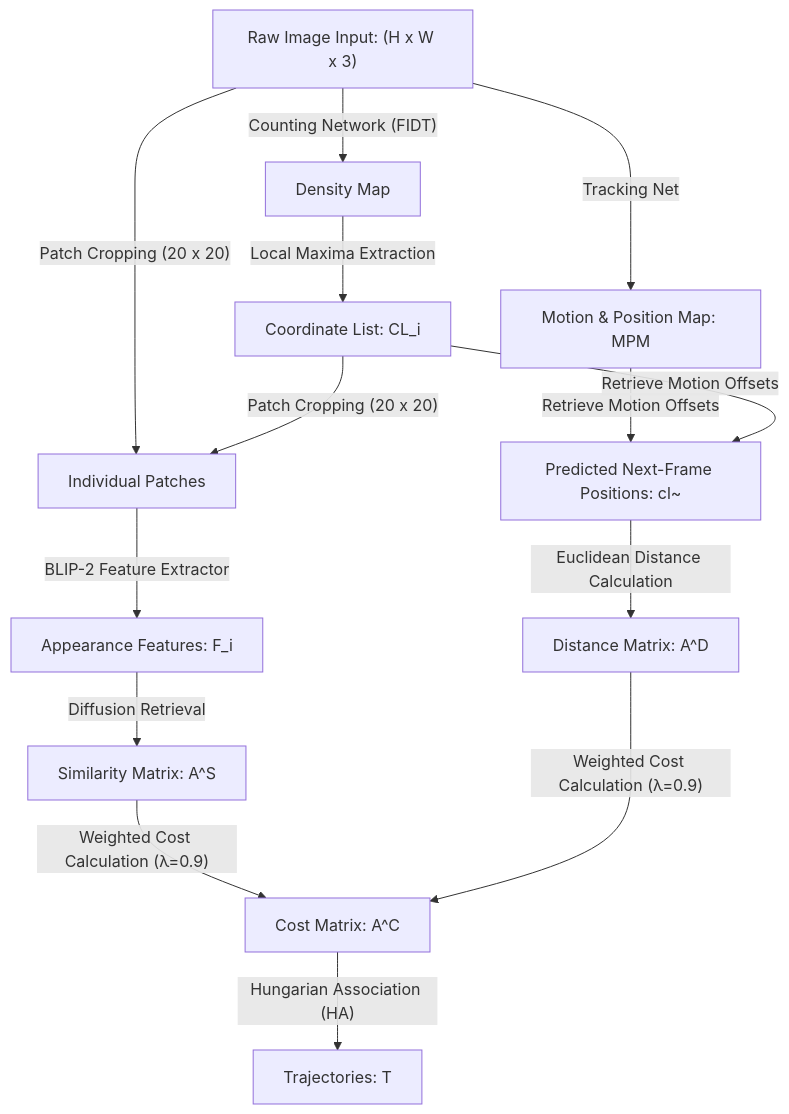
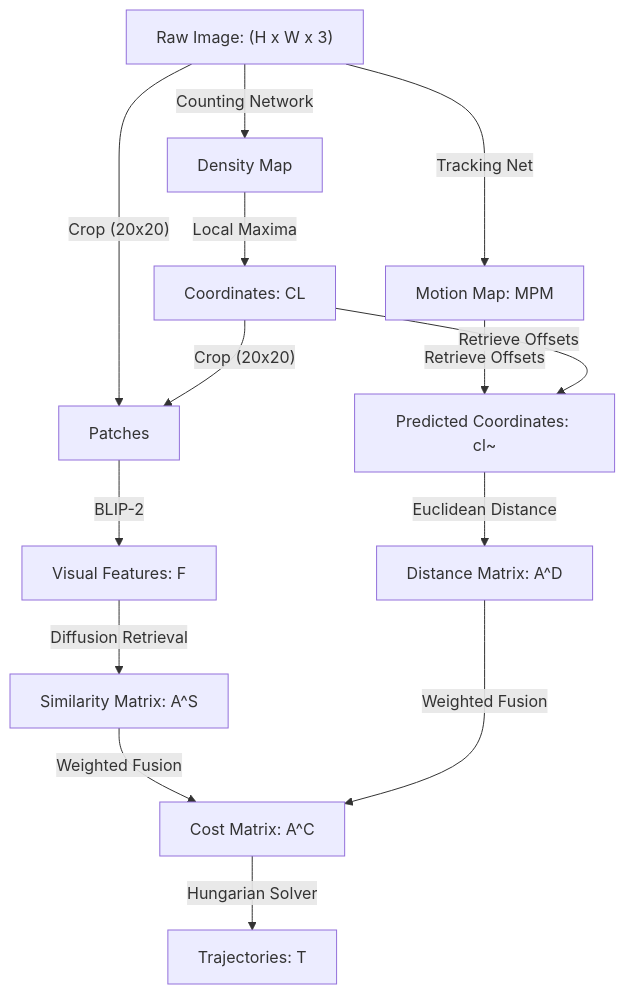
One commit to Arisudan/Walle_FPV changed the diagram in Reference Papers/DenseTrack/DenseTrack Explained.md. Above: the diagram before and after it, drawn with Mermaid. The commit also changed other lines of this file, not shown here.

````diff
--- a/Reference Papers/DenseTrack/DenseTrack Explained.md
+++ b/Reference Papers/DenseTrack/DenseTrack Explained.md
@@ -41,13 +41,13 @@
 ```mermaid
 graph TD
-    A["Raw Image Input: (H x W x 3)"] -->|"Counting Network (FIDT)"| B["Density Map"]
-    B -->|"Local Maxima Extraction"| C["Coordinate List: CL_i"]
-    A & C -->|"Patch Cropping (20 x 20)"| D["Individual Patches"]
-    D -->|"BLIP-2 Feature Extractor"| E["Appearance Features: F_i"]
-    A -->|"Tracking Net"| F["Motion & Position Map: MPM"]
-    F & C -->|"Retrieve Motion Offsets"| G["Predicted Next-Frame Positions: cl~"]
+    A["Raw Image: (H x W x 3)"] -->|"Counting Network"| B["Density Map"]
+    B -->|"Local Maxima"| C["Coordinates: CL"]
+    A & C -->|"Crop (20x20)"| D["Patches"]
+    D -->|"BLIP-2"| E["Visual Features: F"]
+    A -->|"Tracking Net"| F["Motion Map: MPM"]
+    F & C -->|"Retrieve Offsets"| G["Predicted Coordinates: cl~"]
     E -->|"Diffusion Retrieval"| H["Similarity Matrix: A^S"]
-    G -->|"Euclidean Distance Calculation"| I["Distance Matrix: A^D"]
-    H & I -->|"Weighted Cost Calculation (λ=0.9)"| J["Cost Matrix: A^C"]
-    J -->|"Hungarian Association (HA)"| K["Trajectories: T"]
+    G -->|"Euclidean Distance"| I["Distance Matrix: A^D"]
+    H & I -->|"Weighted Fusion"| J["Cost Matrix: A^C"]
+    J -->|"Hungarian Solver"| K["Trajectories: T"]
 ```
````
